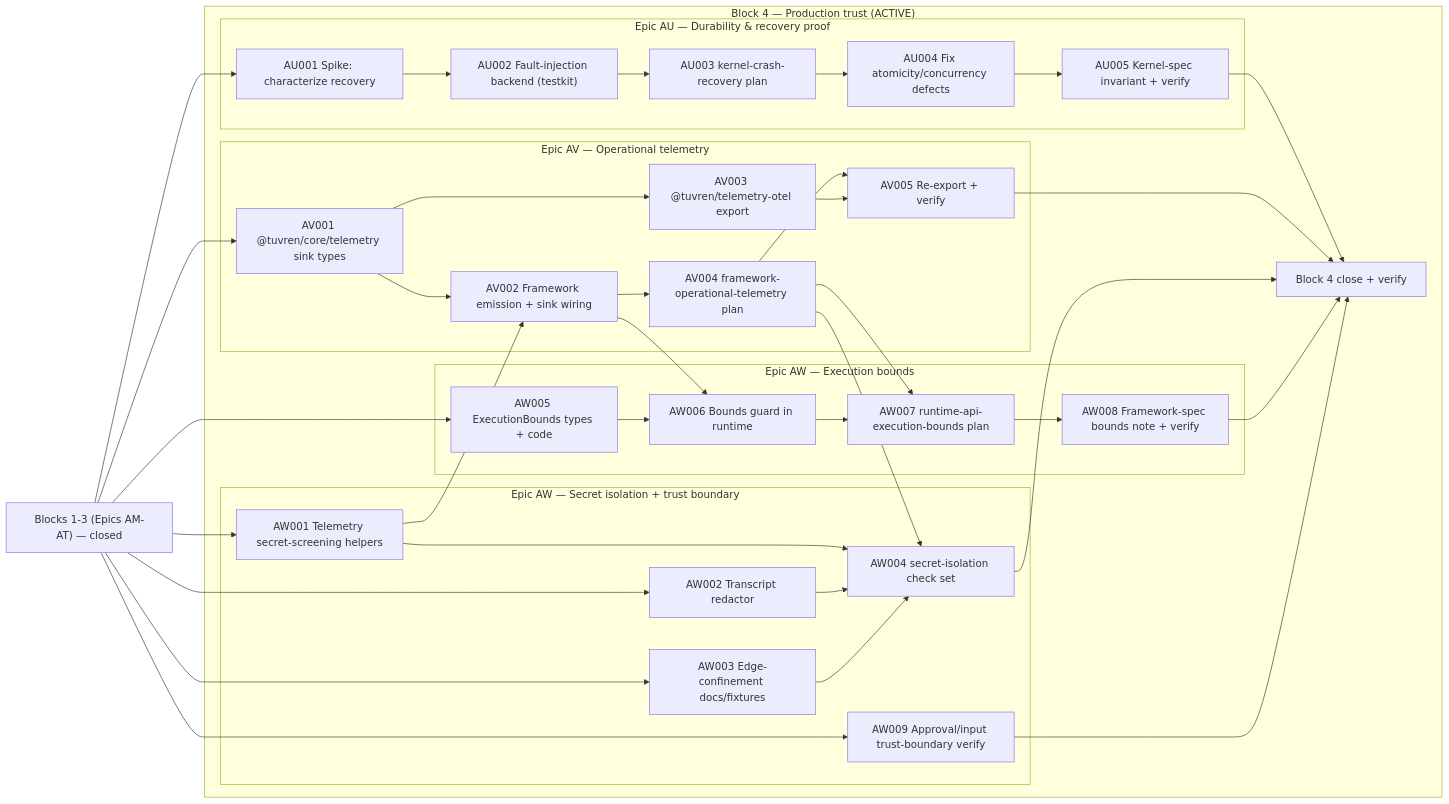
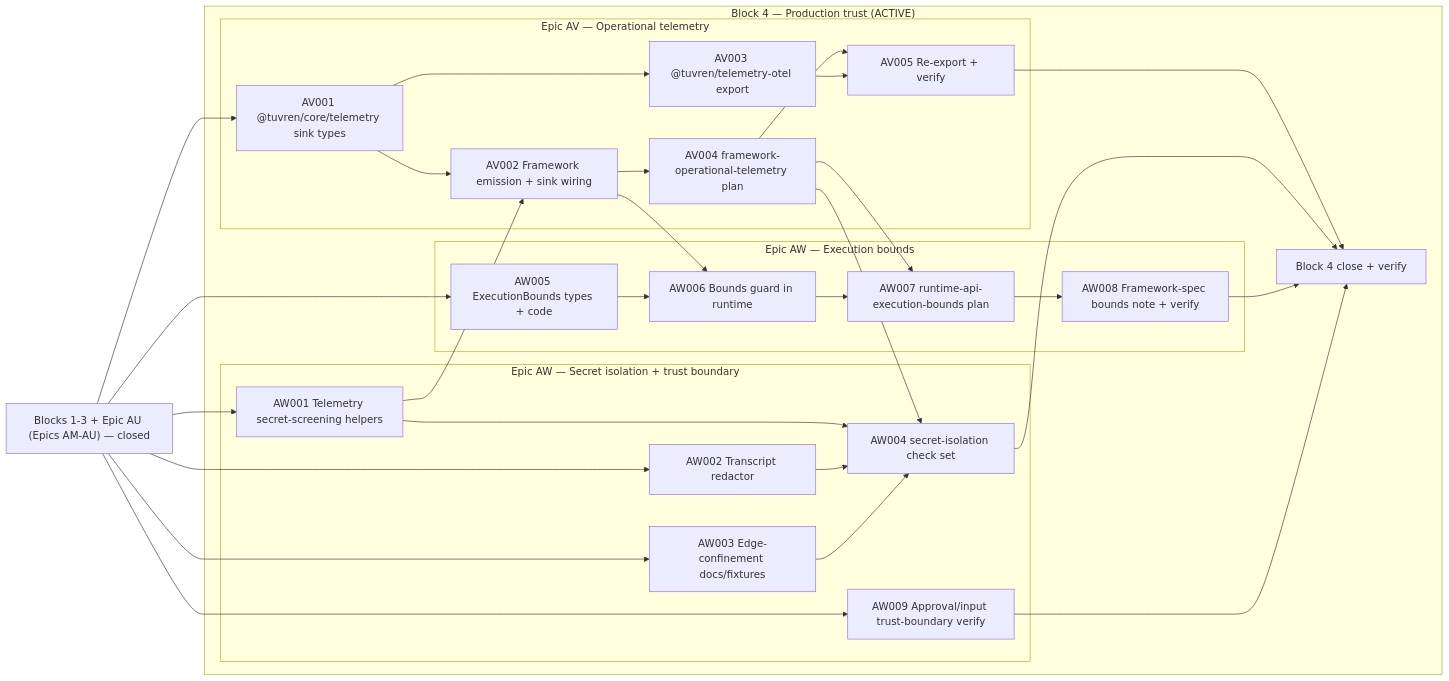
The diagram in constitution/Tasks.md (Tuvren/framework), drawn with Mermaid before and after one commit. The commit also changed other lines of this file and 6 other files, not shown here.

````diff
--- a/constitution/Tasks.md
+++ b/constitution/Tasks.md
@@ -86,59 +86,49 @@
 ```mermaid
 flowchart LR
-  closed["Blocks 1-3 (Epics AM-AT) — closed"]
+  closed["Blocks 1-3 + Epic AU (Epics AM-AU) — closed"]
 
   subgraph block4["Block 4 — Production trust (ACTIVE)"]
-    subgraph au["Epic AU — Durability & recovery proof"]
-      AU1["AU001 Spike: characterize recovery"]
-      AU2["AU002 Fault-injection backend (testkit)"]
-      AU3["AU003 kernel-crash-recovery plan"]
-      AU4["AU004 Fix atomicity/concurrency defects"]
-      AU5["AU005 Kernel-spec invariant + verify"]
-      AU1 --> AU2 --> AU3 --> AU4 --> AU5
-    end
     subgraph aw_sec["Epic AW — Secret isolation + trust boundary"]
       AW1["AW001 Telemetry secret-screening helpers"]
       AW2["AW002 Transcript redactor"]
       AW3["AW003 Edge-confinement docs/fixtures"]
       AW4["AW004 secret-isolation check set"]
       AW9["AW009 Approval/input trust-boundary verify"]
       AW1 --> AW4
       AW2 --> AW4
       AW3 --> AW4
     end
     subgraph av["Epic AV — Operational telemetry"]
       AV1["AV001 @tuvren/core/telemetry sink types"]
       AV2["AV002 Framework emission + sink wiring"]
       AV3["AV003 @tuvren/telemetry-otel export"]
       AV4["AV004 framework-operational-telemetry plan"]
       AV5["AV005 Re-export + verify"]
       AV1 --> AV2 --> AV4 --> AV5
       AV1 --> AV3 --> AV5
     end
     subgraph aw_bounds["Epic AW — Execution bounds"]
       AW5["AW005 ExecutionBounds types + code"]
       AW6["AW006 Bounds guard in runtime"]
       AW7["AW007 runtime-api-execution-bounds plan"]
       AW8["AW008 Framework-spec bounds note + verify"]
       AW5 --> AW6 --> AW7 --> AW8
     end
     trust_close["Block 4 close + verify"]
-    AU5 --> trust_close
     AV5 --> trust_close
     AW4 --> trust_close
     AW8 --> trust_close
     AW9 --> trust_close
   end
 
-  closed --> AU1
   closed --> AV1
   closed --> AW1
   closed --> AW2
   closed --> AW3
   closed --> AW5
   closed --> AW9
   AW1 --> AV2
   AV2 --> AW6
   AV4 --> AW4
   AV4 --> AW7
 ```
````
